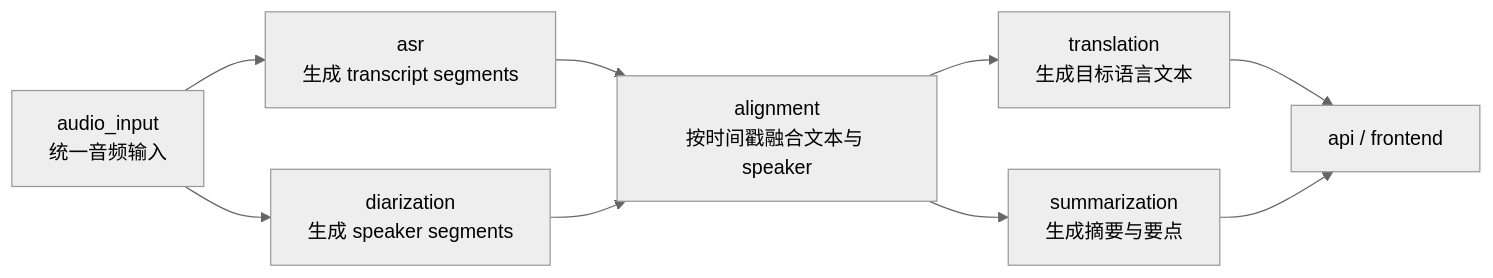
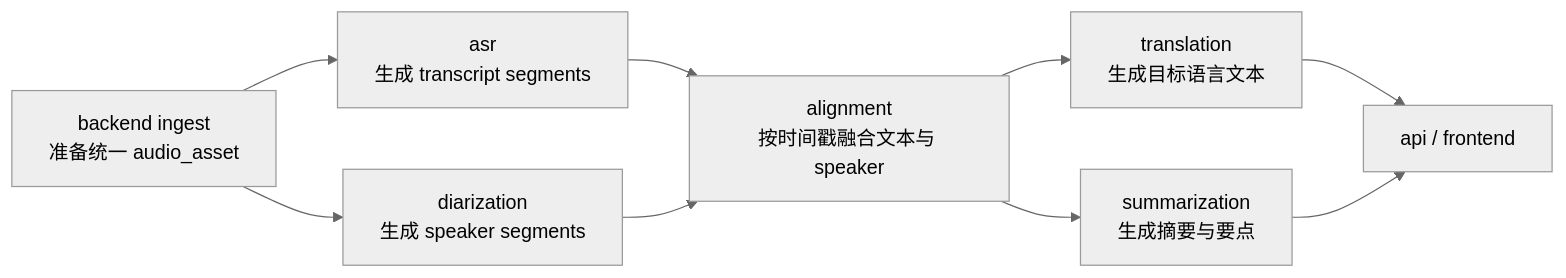
One commit to JsChen766/SmartMeeting changed the diagram in docs/architecture/pipeline_design.md. Above: the diagram before and after it, drawn with Mermaid (neutral theme). The commit also changed other lines of this file and 6 other files, not shown here.

````diff
--- a/docs/architecture/pipeline_design.md
+++ b/docs/architecture/pipeline_design.md
@@ -78,11 +75,11 @@
 ```mermaid
 flowchart LR
-    A["audio_input<br/>统一音频输入"] --> B["asr<br/>生成 transcript segments"]
+    A["backend ingest<br/>准备统一 audio_asset"] --> B["asr<br/>生成 transcript segments"]
     A --> C["diarization<br/>生成 speaker segments"]
     B --> D["alignment<br/>按时间戳融合文本与 speaker"]
     C --> D
     D --> E["translation<br/>生成目标语言文本"]
     D --> F["summarization<br/>生成摘要与要点"]
     E --> G["api / frontend"]
     F --> G
 ```
````
